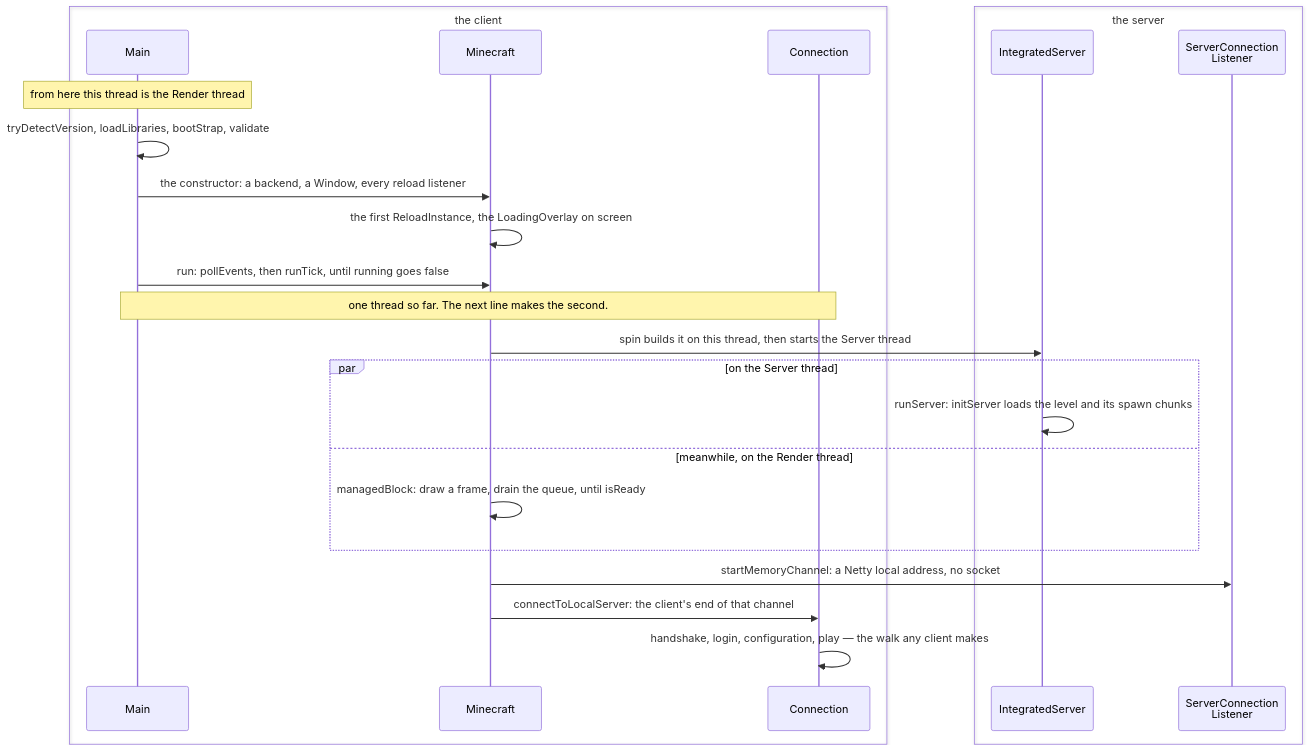
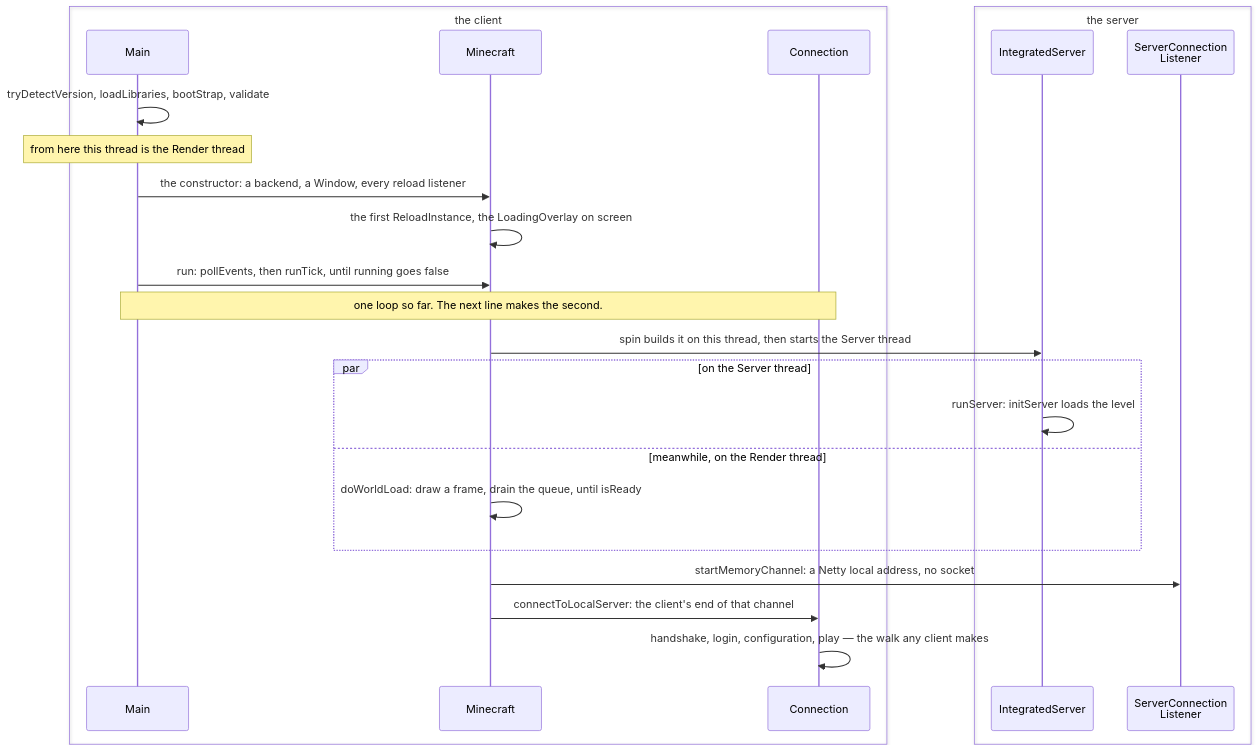
The first of 2 diagrams in src/systems/anatomy/anatomy.md (AlexanderjFraser/MinecraftDocs), drawn with Mermaid before and after one commit. The commit also changed other lines of this file and 31 other files, not shown here.

````diff
--- a/src/systems/anatomy/anatomy.md
+++ b/src/systems/anatomy/anatomy.md
@@ -44,28 +44,28 @@
 ```mermaid
 sequenceDiagram
     box transparent the client
     participant Main as Main
     participant MC as Minecraft
     participant Conn as Connection
     end
     box transparent the server
     participant IS as IntegratedServer
     participant SCL as ServerConnection<br/>Listener
     end
 
+    Main->>Main: tryDetectVersion, loadLibraries, bootStrap, validate
     Note over Main: from here this thread is the Render thread
-    Main->>Main: tryDetectVersion, loadLibraries, bootStrap, validate
     Main->>MC: the constructor: a backend, a Window, every reload listener
     MC->>MC: the first ReloadInstance, the LoadingOverlay on screen
     Main->>MC: run: pollEvents, then runTick, until running goes false
-    Note over Main,Conn: one thread so far. The next line makes the second.
+    Note over Main,Conn: one loop so far. The next line makes the second.
     MC->>IS: spin builds it on this thread, then starts the Server thread
     par on the Server thread
-        IS->>IS: runServer: initServer loads the level and its spawn chunks
+        IS->>IS: runServer: initServer loads the level
     and meanwhile, on the Render thread
-        MC->>MC: managedBlock: draw a frame, drain the queue, until isReady
+        MC->>MC: doWorldLoad: draw a frame, drain the queue, until isReady
     end
     MC->>SCL: startMemoryChannel: a Netty local address, no socket
     MC->>Conn: connectToLocalServer: the client's end of that channel
     Conn->>Conn: handshake, login, configuration, play — the walk any client makes
 ```
````
